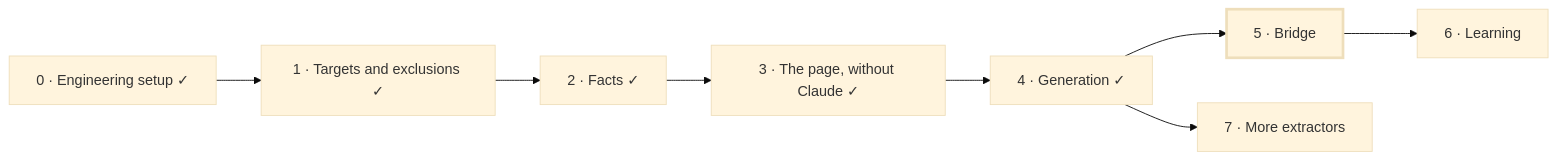
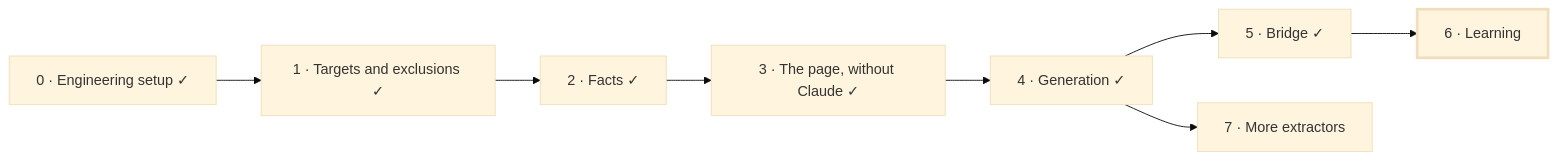
The sixth of 6 diagrams in README.md (mohamed-abdelsattar92/codetrail), drawn with Mermaid (base theme) before and after one commit. The commit also changed other lines of this file and 4 other files, not shown here.

First line of the commit message:
fix(web): keep diagrams readable, budget the digest, mark Phase 5 done

````diff
--- a/README.md
+++ b/README.md
@@ -236,11 +236,11 @@
 ```mermaid
 flowchart LR
     P0["0 · Engineering setup ✓"] --> P1["1 · Targets and exclusions ✓"]
     P1 --> P2["2 · Facts ✓"]
     P2 --> P3["3 · The page, without Claude ✓"]
     P3 --> P4["4 · Generation ✓"]
-    P4 --> P5["5 · Bridge"]:::next
-    P5 --> P6["6 · Learning"]
+    P4 --> P5["5 · Bridge ✓"]
+    P5 --> P6["6 · Learning"]:::next
     P4 --> P7["7 · More extractors"]
     classDef next stroke-width:3px
 ```
````
